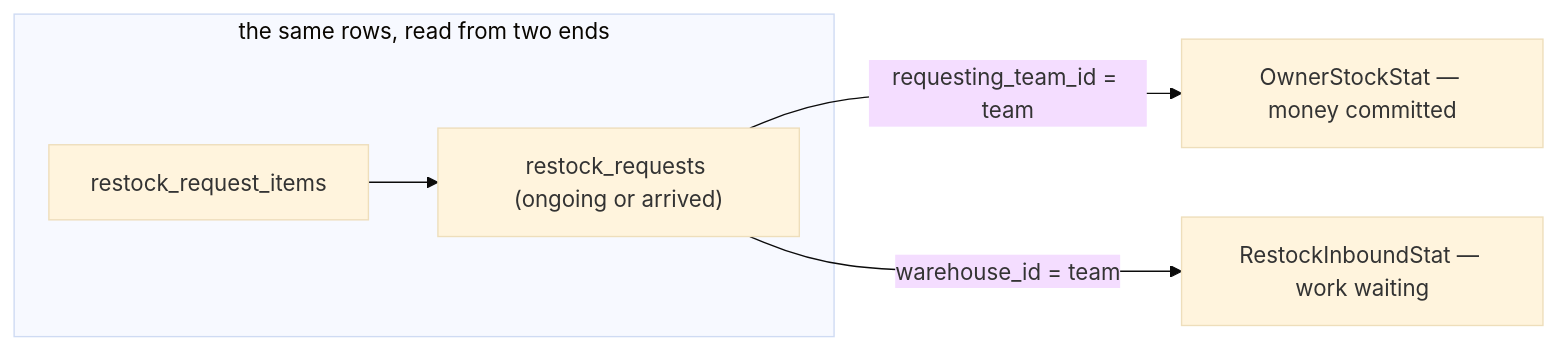
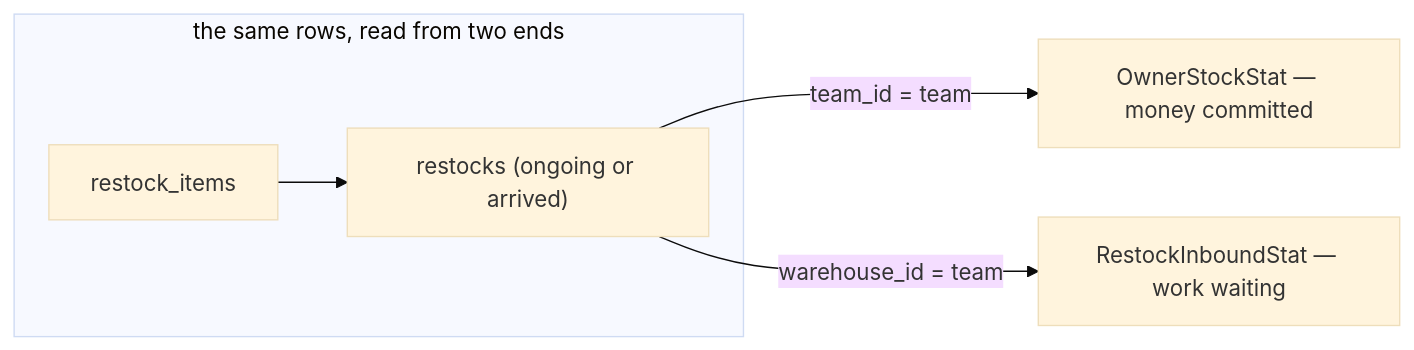
Before and after one commit to pdcgo/warehouse_revamp: diagram 12 of 20 in docs/services/inventory_service/rpc.md, drawn with Mermaid (base theme). The commit also changed other lines of this file and 313 other files, not shown here.

````diff
--- a/docs/services/inventory_service/rpc.md
+++ b/docs/services/inventory_service/rpc.md
@@ -492,10 +542,10 @@
 ```mermaid
 flowchart LR
     subgraph "the same rows, read from two ends"
-      RR["restock_requests (ongoing or arrived)"]
-      RI[restock_request_items]
+      RR["restocks (ongoing or arrived)"]
+      RI[restock_items]
       RI --> RR
     end
-    RR -->|"requesting_team_id = team"| O["OwnerStockStat — money committed"]
+    RR -->|"team_id = team"| O["OwnerStockStat — money committed"]
     RR -->|"warehouse_id = team"| I["RestockInboundStat — work waiting"]
 ```
````
